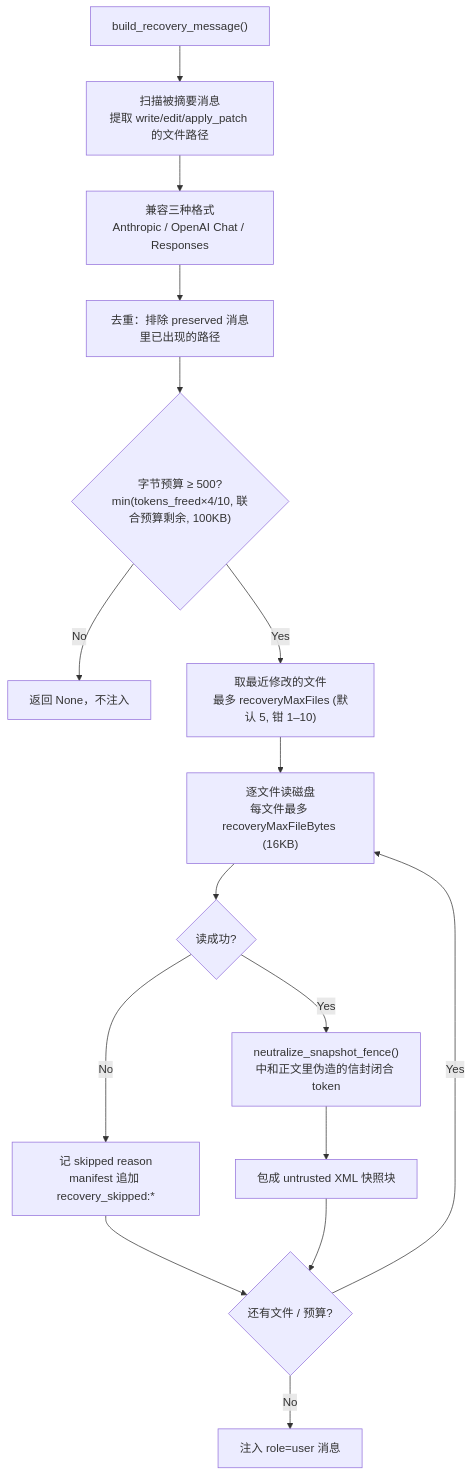
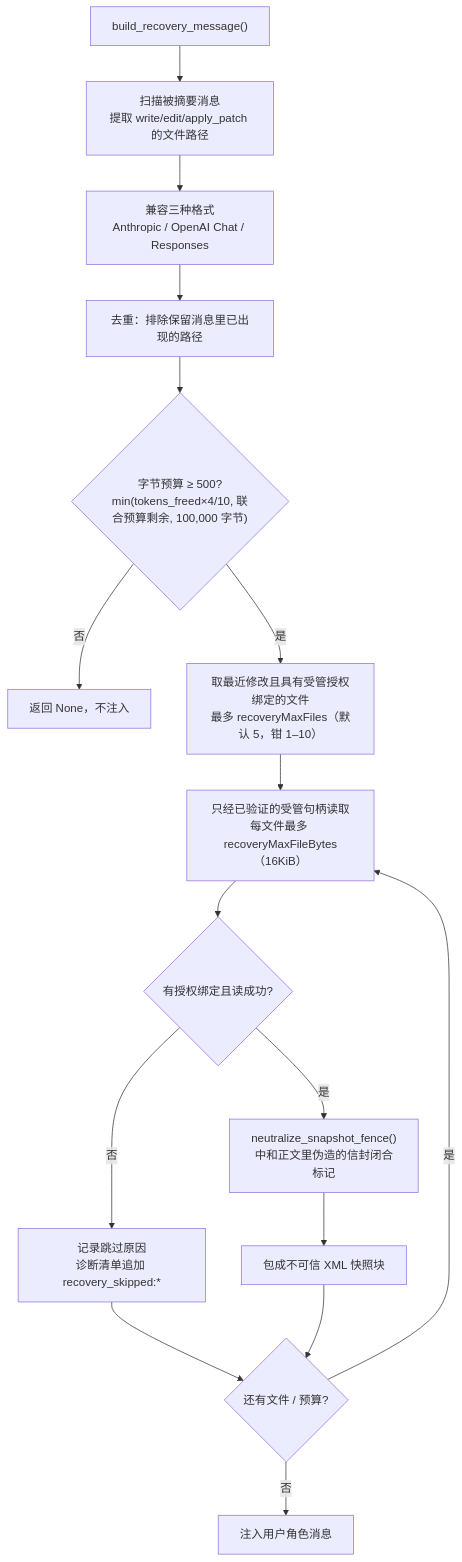
One commit to shiwenwen/hope-agent changed the fourth of 4 diagrams in docs/architecture/core/context-compact.md. Above: the diagram before and after it, drawn with Mermaid. The commit also changed other lines of this file and 124 other files, not shown here.

````diff
--- a/docs/architecture/core/context-compact.md
+++ b/docs/architecture/core/context-compact.md
@@ -227,18 +279,18 @@
 ```mermaid
 flowchart TD
     Start["build_recovery_message()"] --> Scan["扫描被摘要消息<br/>提取 write/edit/apply_patch 的文件路径"]
     Scan --> Compat["兼容三种格式<br/>Anthropic / OpenAI Chat / Responses"]
-    Compat --> Dedup["去重：排除 preserved 消息里已出现的路径"]
-    Dedup --> Budget{"字节预算 ≥ 500?<br/>min(tokens_freed×4/10, 联合预算剩余, 100KB)"}
-    Budget -- No --> None["返回 None，不注入"]
-    Budget -- Yes --> Select["取最近修改的文件<br/>最多 recoveryMaxFiles (默认 5, 钳 1–10)"]
-    Select --> ReadDisk["逐文件读磁盘<br/>每文件最多 recoveryMaxFileBytes (16KB)"]
-    ReadDisk --> CheckFile{"读成功?"}
-    CheckFile -- No --> Skip["记 skipped reason<br/>manifest 追加 recovery_skipped:*"]
-    CheckFile -- Yes --> Fence["neutralize_snapshot_fence()<br/>中和正文里伪造的信封闭合 token"]
-    Fence --> Wrap["包成 untrusted XML 快照块"]
+    Compat --> Dedup["去重：排除保留消息里已出现的路径"]
+    Dedup --> Budget{"字节预算 ≥ 500?<br/>min(tokens_freed×4/10, 联合预算剩余, 100,000 字节)"}
+    Budget -- 否 --> None["返回 None，不注入"]
+    Budget -- 是 --> Select["取最近修改且具有受管授权绑定的文件<br/>最多 recoveryMaxFiles（默认 5，钳 1–10）"]
+    Select --> ReadDisk["只经已验证的受管句柄读取<br/>每文件最多 recoveryMaxFileBytes（16KiB）"]
+    ReadDisk --> CheckFile{"有授权绑定且读成功?"}
+    CheckFile -- 否 --> Skip["记录跳过原因<br/>诊断清单追加 recovery_skipped:*"]
+    CheckFile -- 是 --> Fence["neutralize_snapshot_fence()<br/>中和正文里伪造的信封闭合标记"]
+    Fence --> Wrap["包成不可信 XML 快照块"]
     Skip --> More{"还有文件 / 预算?"}
     Wrap --> More
-    More -- Yes --> ReadDisk
-    More -- No --> Emit["注入 role=user 消息"]
+    More -- 是 --> ReadDisk
+    More -- 否 --> Emit["注入用户角色消息"]
 ```
````
